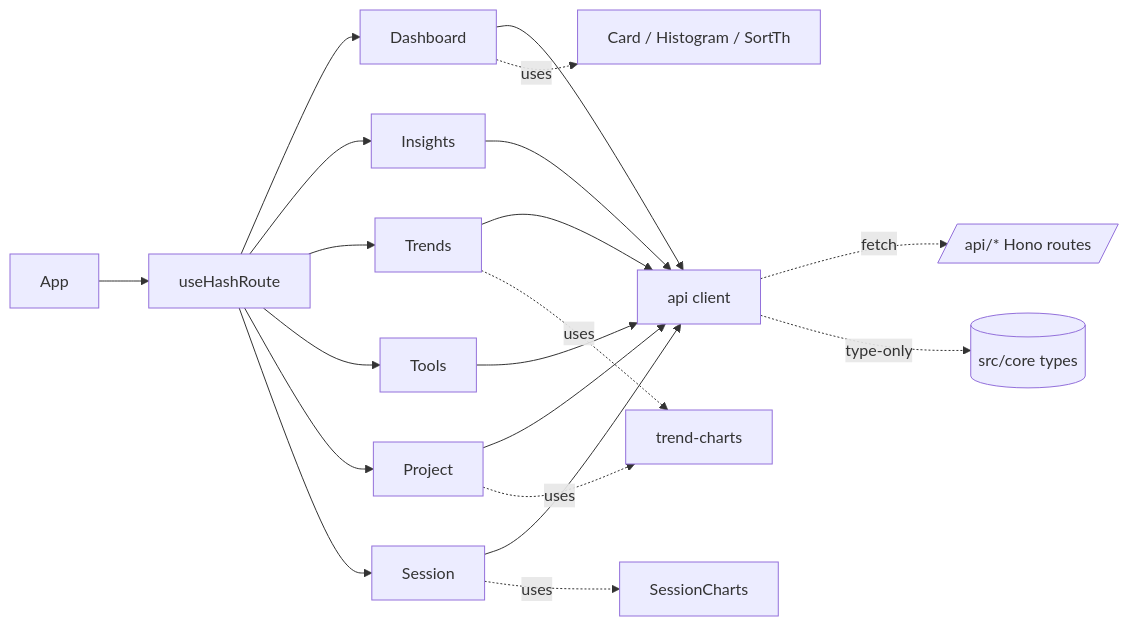
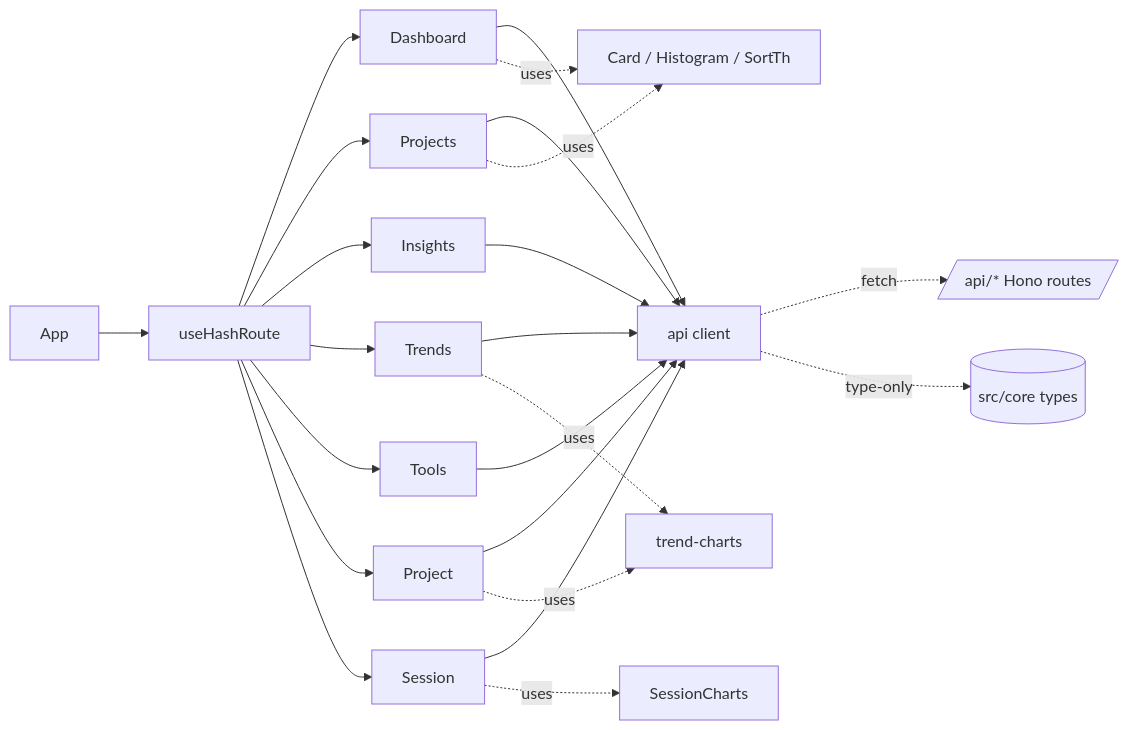
One commit to yorch/cc-analyzer changed the diagram in wiki/6-web-spa-frontend.md. Above: the diagram before and after it, drawn with Mermaid. The commit also changed other lines of this file and 17 other files, not shown here.

First line of the commit message:
feat(web): add a Projects page; fix ambiguous project ids and dedupe /api/projects fetches (#78)

````diff
--- a/wiki/6-web-spa-frontend.md
+++ b/wiki/6-web-spa-frontend.md
@@ -36,25 +36,28 @@
 ```mermaid
 flowchart LR
     App[App] --> Router[useHashRoute]
     Router --> Dashboard
+    Router --> Projects
     Router --> Insights
     Router --> Trends
     Router --> Tools
     Router --> Project
     Router --> Session
 
     Dashboard --> api[api client]
+    Projects --> api
     Insights --> api
     Trends --> api
     Tools --> api
     Project --> api
     Session --> api
 
     api -.fetch.-> Backend[/api/* Hono routes/]
     api -.type-only.-> Core[(src/core types)]
 
     Dashboard -.uses.-> Prim[Card / Histogram / SortTh]
+    Projects -.uses.-> Prim
     Trends -.uses.-> Charts[trend-charts]
     Project -.uses.-> Charts
     Session -.uses.-> SessCharts[SessionCharts]
 ```
````
